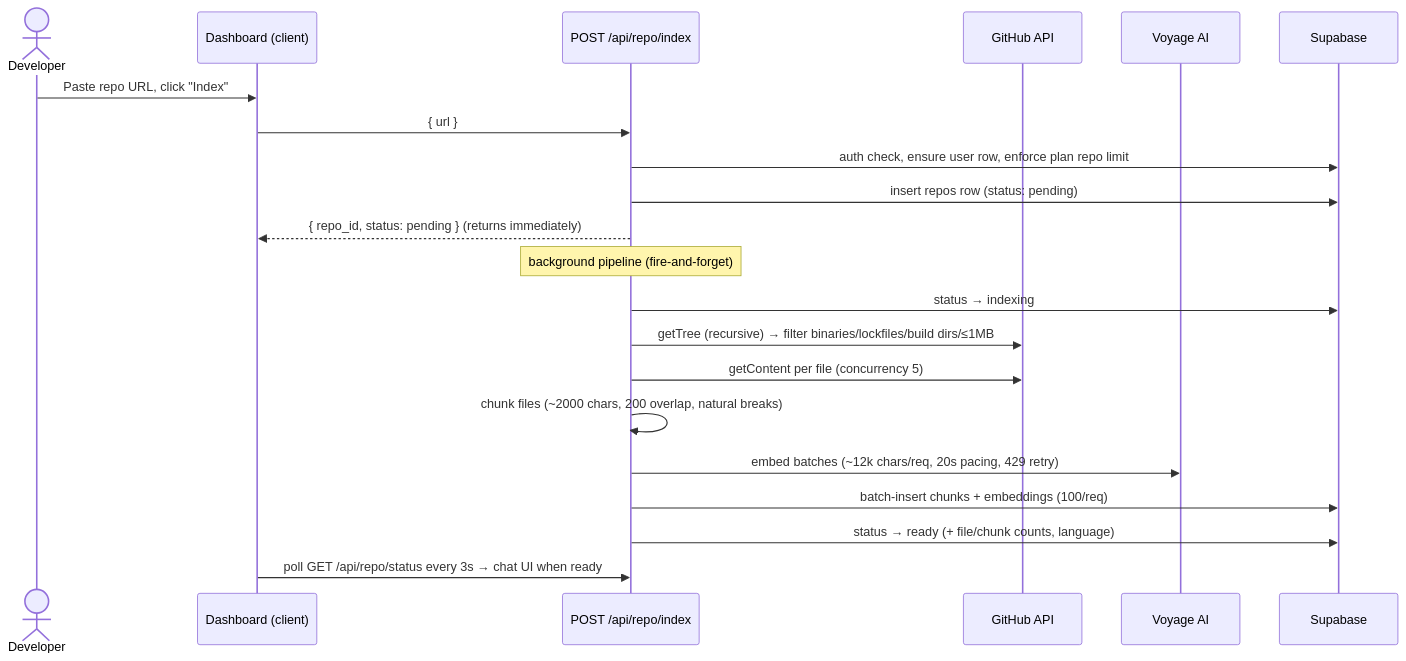
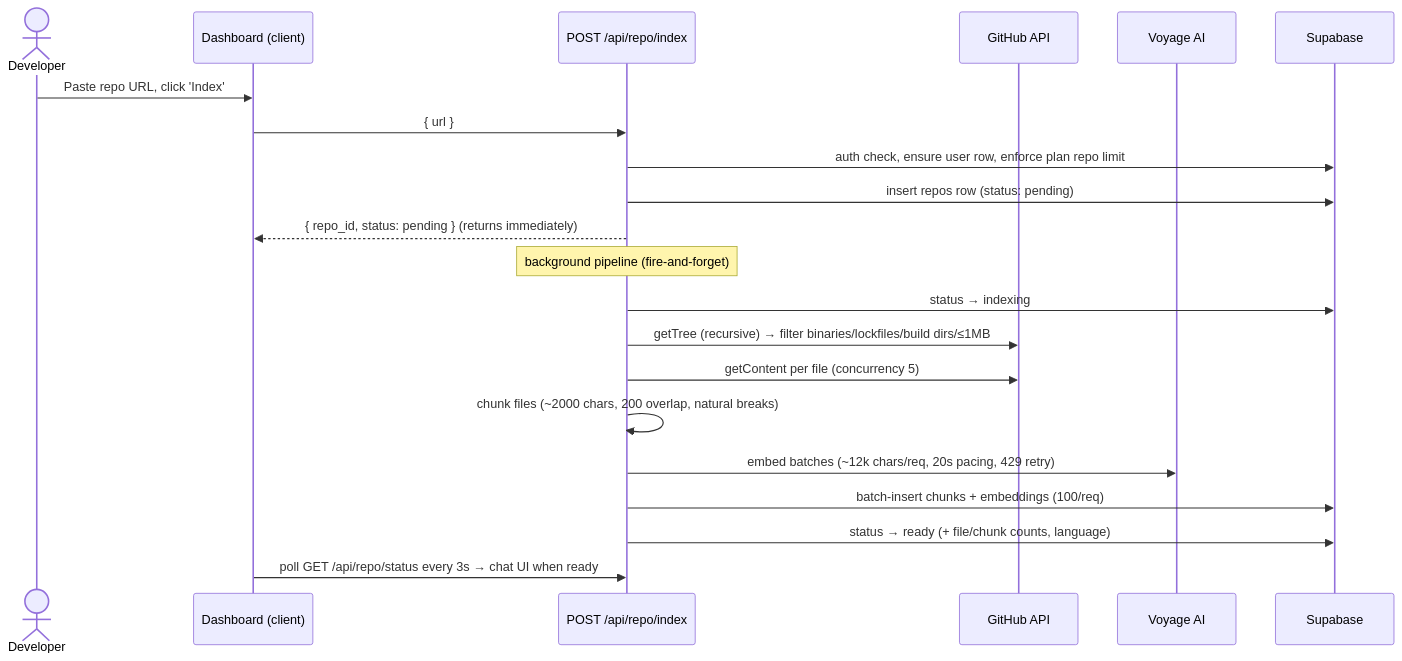
Before and after one commit to rishabhsharmaa/DevAsk: the second of 5 diagrams in README.md, drawn with Mermaid. The commit also changed other lines of this file, not shown here.

````diff
--- a/README.md
+++ b/README.md
@@ -105,24 +105,24 @@
 ```mermaid
 sequenceDiagram
     actor D as Developer
     participant UI as Dashboard (client)
     participant API as POST /api/repo/index
     participant GH as GitHub API
     participant VY as Voyage AI
     participant DB as Supabase
 
-    D->>UI: Paste repo URL, click "Index"
+    D->>UI: Paste repo URL, click 'Index'
     UI->>API: { url }
     API->>DB: auth check, ensure user row, enforce plan repo limit
     API->>DB: insert repos row (status: pending)
     API-->>UI: { repo_id, status: pending } (returns immediately)
     Note over API: background pipeline (fire-and-forget)
     API->>DB: status → indexing
     API->>GH: getTree (recursive) → filter binaries/lockfiles/build dirs/≤1MB
     API->>GH: getContent per file (concurrency 5)
     API->>API: chunk files (~2000 chars, 200 overlap, natural breaks)
     API->>VY: embed batches (~12k chars/req, 20s pacing, 429 retry)
     API->>DB: batch-insert chunks + embeddings (100/req)
     API->>DB: status → ready (+ file/chunk counts, language)
     UI->>API: poll GET /api/repo/status every 3s → chat UI when ready
 ```
````
